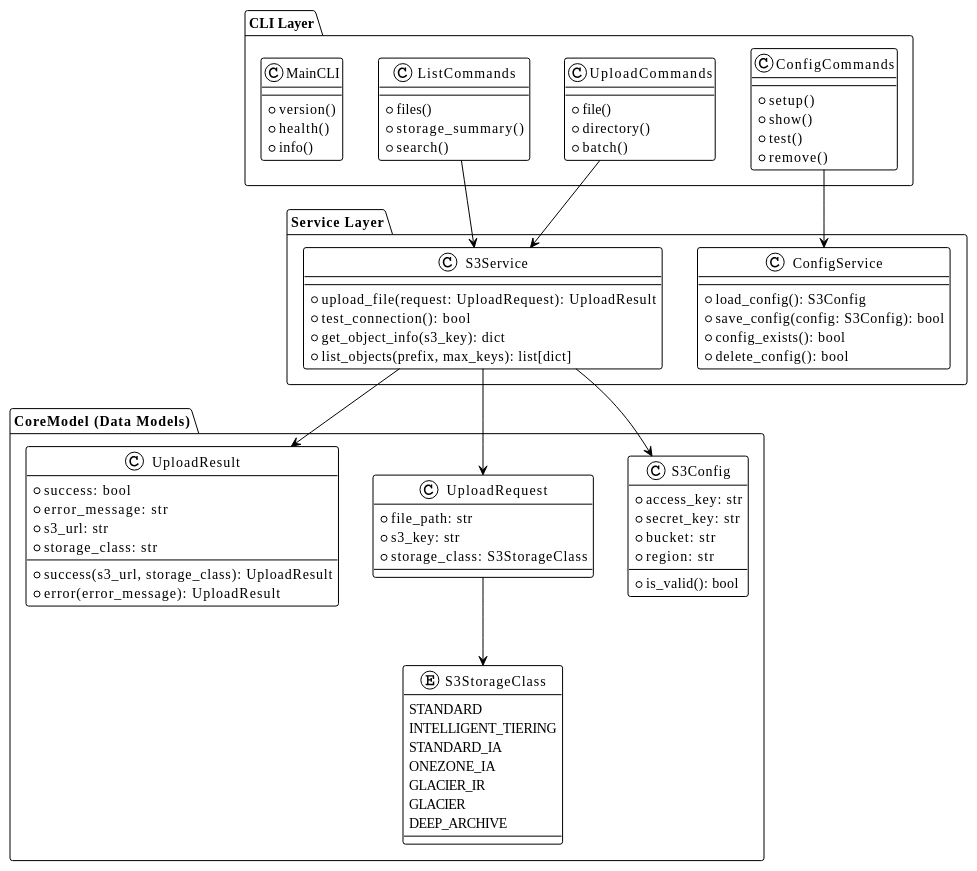
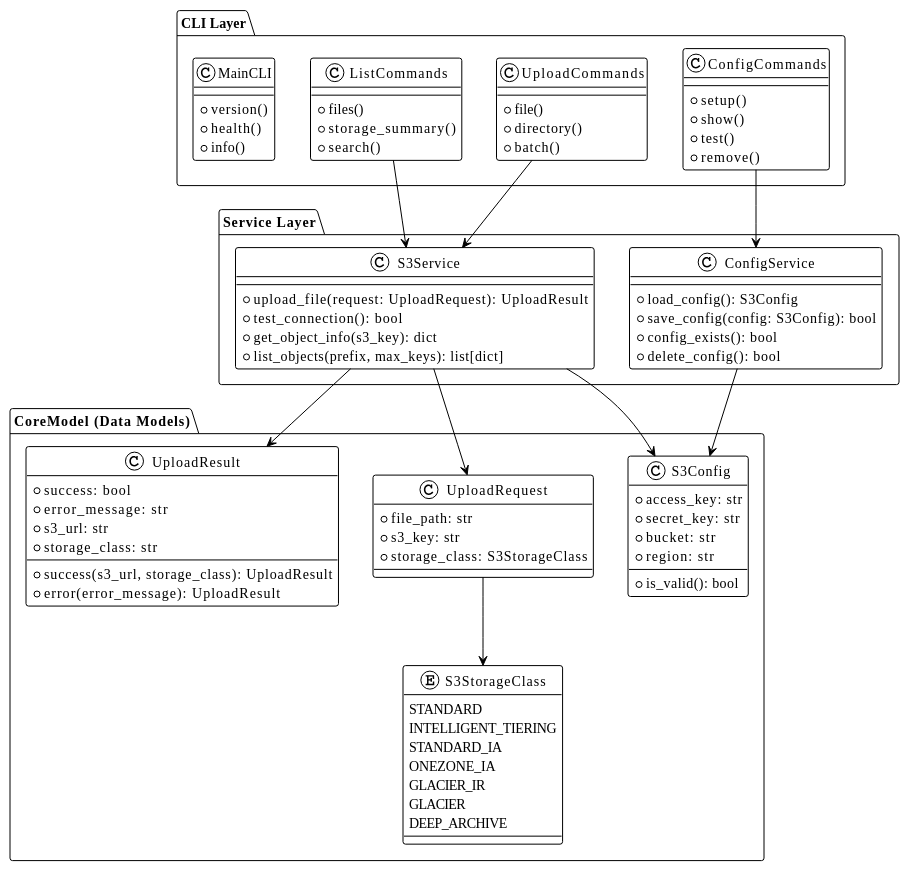
The first of 7 diagrams in .prompt/02.Issue/02.AddSimpleFileUpload/01.BasicDesign/03.ClassInterface.md (FATESAIKOU/CloudStorageSyncer), drawn with PlantUML before and after one commit.

Commit message:
Fix UML definition

```diff
--- a/.prompt/02.Issue/02.AddSimpleFileUpload/01.BasicDesign/03.ClassInterface.md
+++ b/.prompt/02.Issue/02.AddSimpleFileUpload/01.BasicDesign/03.ClassInterface.md
@@ -92,6 +92,7 @@
 S3Service --> S3Config
 S3Service --> UploadRequest
 S3Service --> UploadResult
+ConfigService --> S3Config
 UploadRequest --> S3StorageClass
 
 @enduml
```
